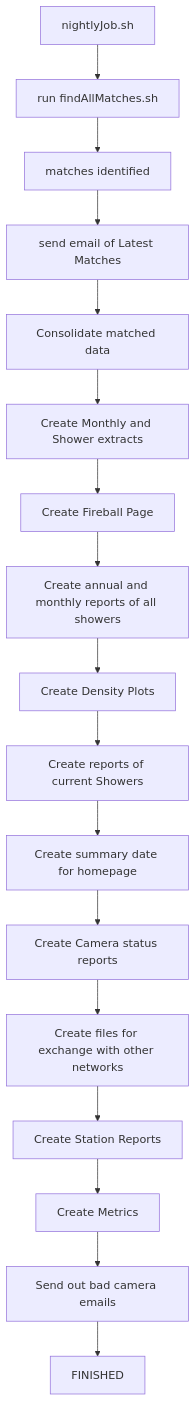
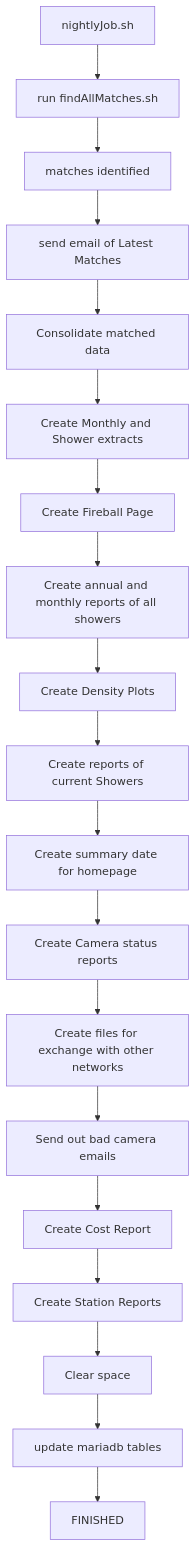
The second of 4 diagrams in archive/README.md (ukmda/ukmda-dataprocessing), drawn with Mermaid before and after one commit. The commit also changed other lines of this file and 1 other file, not shown here.

````diff
--- a/archive/README.md
+++ b/archive/README.md
@@ -32,19 +31,21 @@
 ```mermaid
     flowchart TD
     nj[nightlyJob.sh] --> fam[run findAllMatches.sh]
     fam --> don[matches identified]
     don --> rep[send email of Latest Matches]
     rep --> cons2[Consolidate matched data]
     cons2 --> srch[Create Monthly and Shower extracts]
     srch --> fbp[Create Fireball Page]
     fbp --> rep2[Create annual and monthly reports of all showers]
     rep2 --> dens[Create Density Plots]
     dens --> rep3[Create reports of current Showers]
     rep3 --> summ[Create summary date for homepage]
     summ --> camst[Create Camera status reports]
     camst --> exch[Create files for exchange with other networks]
-    exch --> stats[Create Station Reports]
-    stats --> mets[Create Metrics]
-    mets --> badc[Send out bad camera emails]
-    badc --> d[FINISHED]
+    exch --> badc[Send out bad camera emails]
+    badc --> cost[Create Cost Report]
+    cost --> stats[Create Station Reports]
+    stats --> clsp[Clear space]
+    clsp --> mdb[update mariadb tables]
+    mdb --> d[FINISHED]
 ```
````
